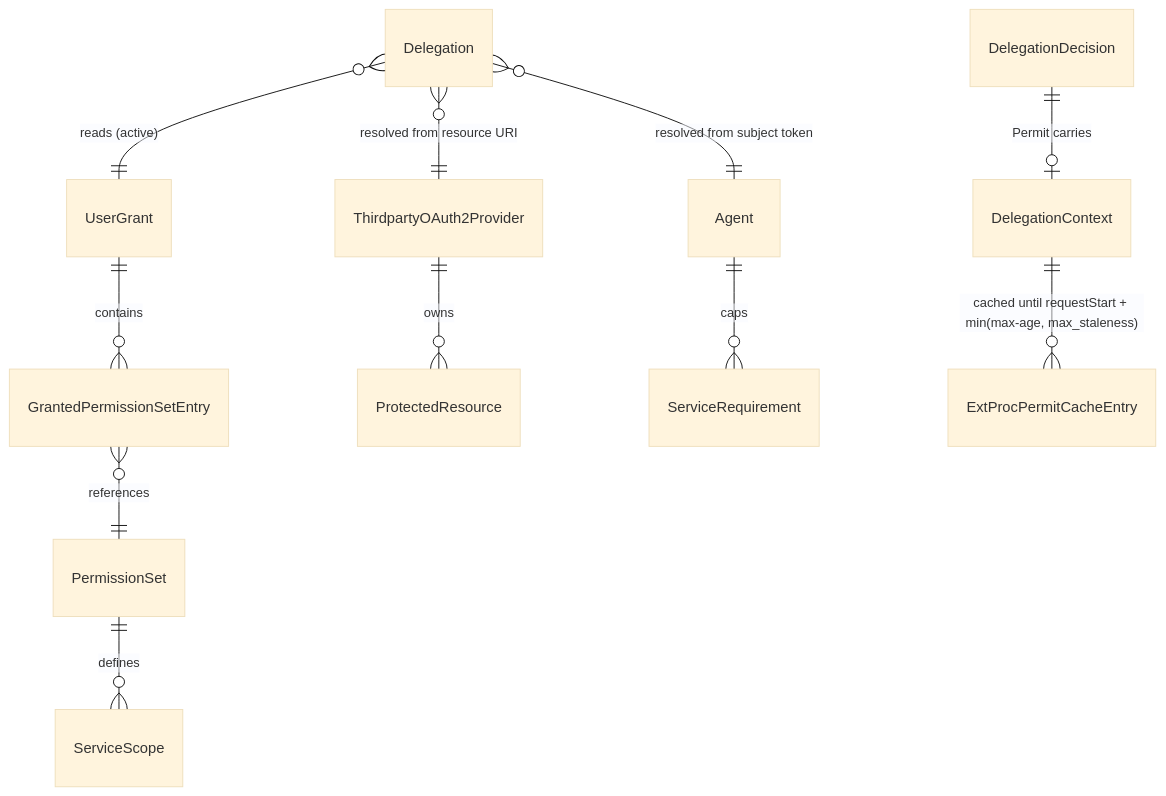
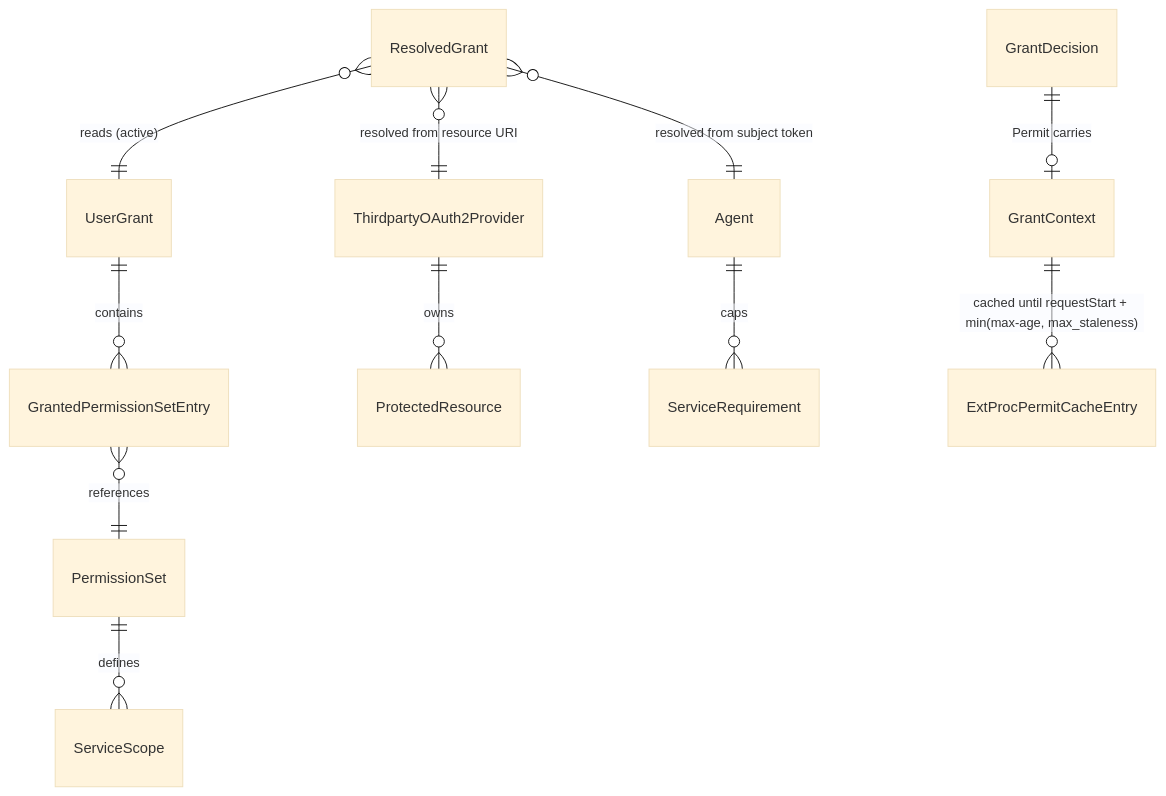
Before and after one commit to zalando-incubator/agentic-identity-broker: the diagram in specs/054-authzen-delegation-pip/data-model.md, drawn with Mermaid (base theme). The commit also changed other lines of this file and 77 other files, not shown here.

````diff
--- a/specs/054-authzen-delegation-pip/data-model.md
+++ b/specs/054-authzen-delegation-pip/data-model.md
@@ -275,13 +275,13 @@
 ```mermaid
 erDiagram
     UserGrant ||--o{ GrantedPermissionSetEntry : contains
     GrantedPermissionSetEntry }o--|| PermissionSet : references
     PermissionSet ||--o{ ServiceScope : defines
     ThirdpartyOAuth2Provider ||--o{ ProtectedResource : owns
     Agent ||--o{ ServiceRequirement : caps
-    Delegation }o--|| UserGrant : "reads (active)"
-    Delegation }o--|| Agent : "resolved from subject token"
-    Delegation }o--|| ThirdpartyOAuth2Provider : "resolved from resource URI"
-    DelegationDecision ||--o| DelegationContext : "Permit carries"
-    DelegationContext ||--o{ ExtProcPermitCacheEntry : "cached until requestStart + min(max-age, max_staleness)"
+    ResolvedGrant }o--|| UserGrant : "reads (active)"
+    ResolvedGrant }o--|| Agent : "resolved from subject token"
+    ResolvedGrant }o--|| ThirdpartyOAuth2Provider : "resolved from resource URI"
+    GrantDecision ||--o| GrantContext : "Permit carries"
+    GrantContext ||--o{ ExtProcPermitCacheEntry : "cached until requestStart + min(max-age, max_staleness)"
 ```
````
